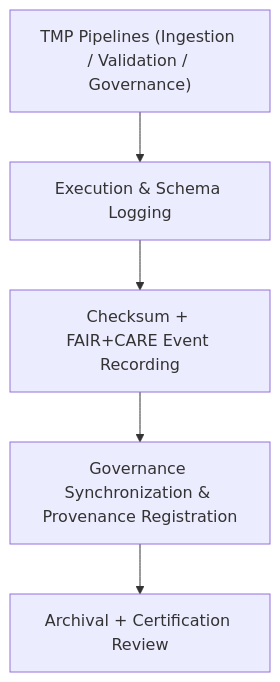
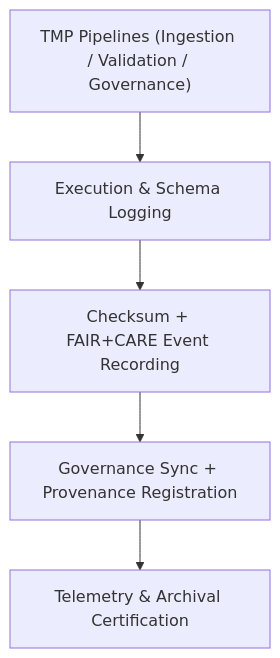
One commit to bartytime4life/Kansas-Frontier-Matrix changed the diagram in data/work/tmp/tabular/logs/README.md. Above: the diagram before and after it, drawn with Mermaid. The commit also changed other lines of this file, not shown here.

````diff
--- a/data/work/tmp/tabular/logs/README.md
+++ b/data/work/tmp/tabular/logs/README.md
@@ -63,7 +66,7 @@
 ```mermaid
 flowchart TD
     A["TMP Pipelines (Ingestion / Validation / Governance)"] --> B["Execution & Schema Logging"]
     B --> C["Checksum + FAIR+CARE Event Recording"]
-    C --> D["Governance Synchronization & Provenance Registration"]
-    D --> E["Archival + Certification Review"]
+    C --> D["Governance Sync + Provenance Registration"]
+    D --> E["Telemetry & Archival Certification"]
 ```
````
